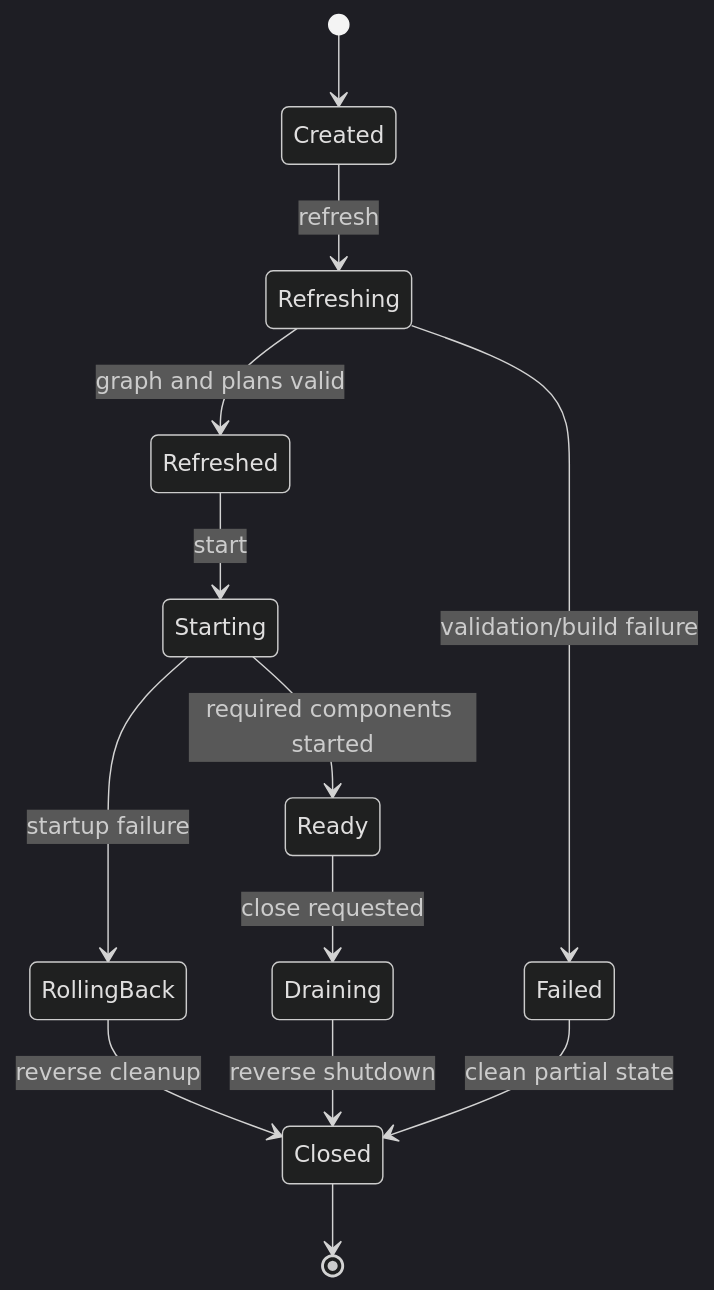
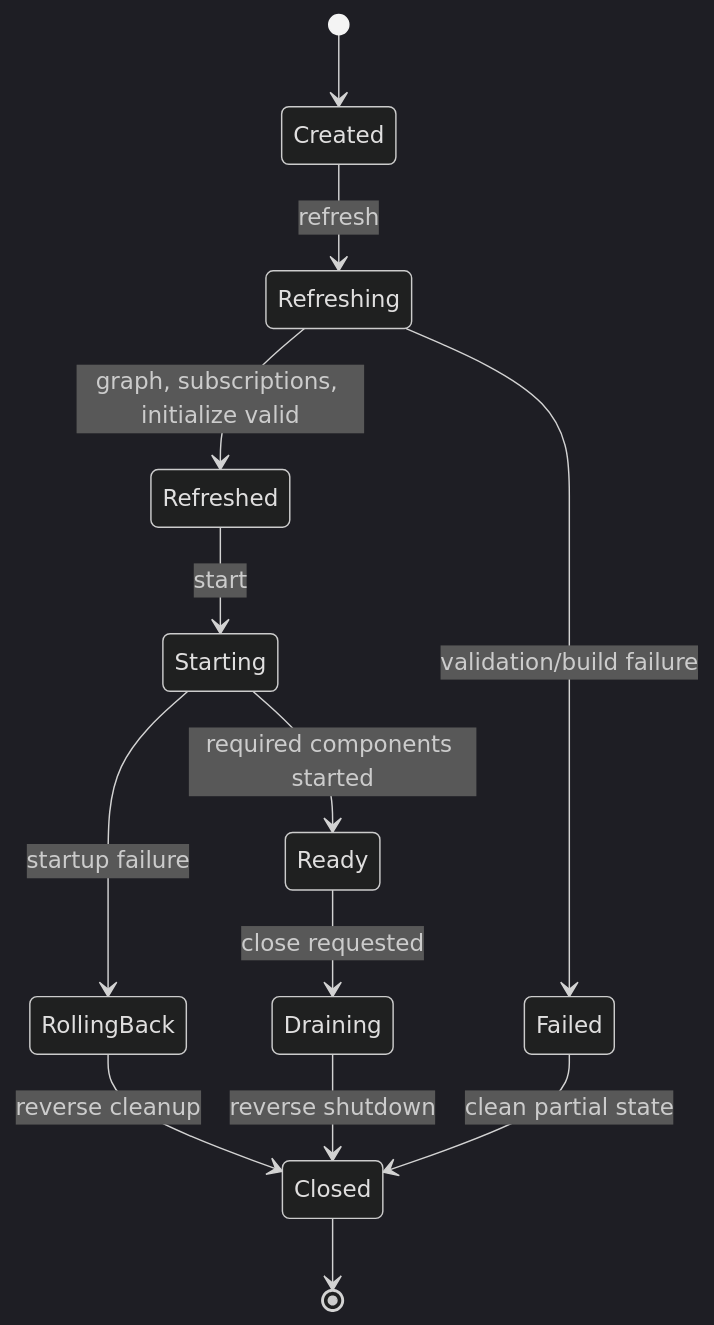
Before and after one commit to easy-4-rust/vernal: diagram 16 of 24 in docs/Vernal-Architecture.md, drawn with Mermaid (dark theme). The commit also changed other lines of this file and 14 other files, not shown here.

````diff
--- a/docs/Vernal-Architecture.md
+++ b/docs/Vernal-Architecture.md
@@ -1090,15 +1090,15 @@
 ```mermaid
 stateDiagram-v2
     [*] --> Created
     Created --> Refreshing: refresh
-    Refreshing --> Refreshed: graph and plans valid
+    Refreshing --> Refreshed: graph, subscriptions, initialize valid
     Refreshing --> Failed: validation/build failure
     Refreshed --> Starting: start
     Starting --> Ready: required components started
     Starting --> RollingBack: startup failure
     Ready --> Draining: close requested
     RollingBack --> Closed: reverse cleanup
     Draining --> Closed: reverse shutdown
     Failed --> Closed: clean partial state
     Closed --> [*]
 ```
````
